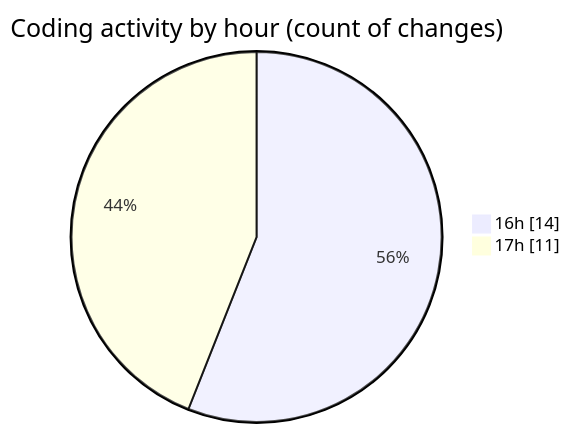
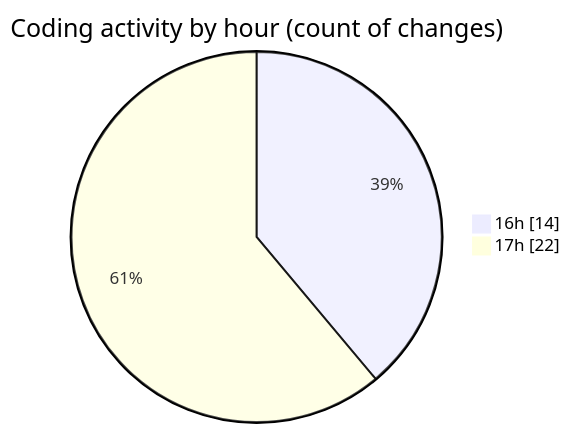
Before and after one commit to debugP/code-tracking: the second of 2 diagrams in 2026-10-20/untitled__workspace_/README.md, drawn with Mermaid. The commit also changed other lines of this file and 1 other file, not shown here.

````diff
--- a/2026-10-20/untitled__workspace_/README.md
+++ b/2026-10-20/untitled__workspace_/README.md
@@ -30,6 +30,6 @@
 ```mermaid
 pie showData
 title Coding activity by hour (count of changes)
 "16h" : 14
-"17h" : 11
+"17h" : 22
 ```
````
